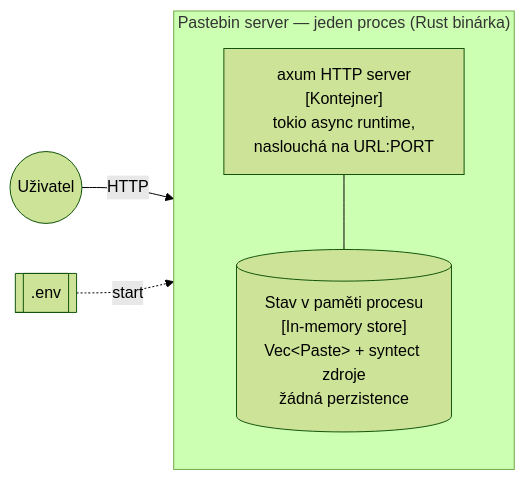
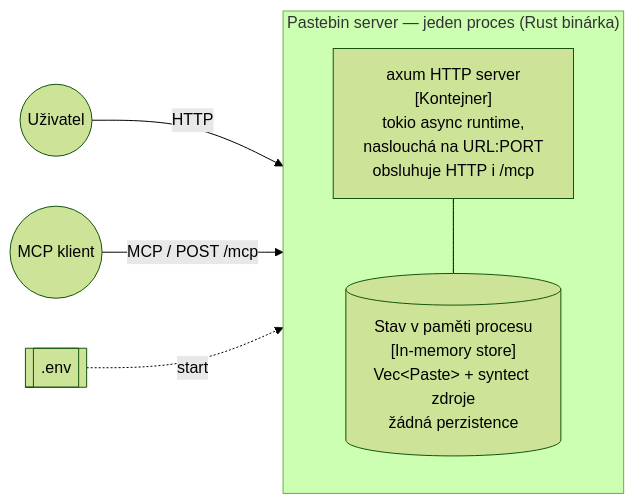
One commit to Onre739/pastebin changed the second of 4 diagrams in docs/architecture.md. Above: the diagram before and after it, drawn with Mermaid (forest theme). The commit also changed other lines of this file and 3 other files, not shown here.

````diff
--- a/docs/architecture.md
+++ b/docs/architecture.md
@@ -27,16 +29,18 @@
 ```mermaid
 flowchart LR
     User(("Uživatel"))
+    McpClient(("MCP klient"))
 
     subgraph Proces["Pastebin server — jeden proces (Rust binárka)"]
         direction TB
-        Axum["axum HTTP server<br/>[Kontejner]<br/>tokio async runtime,<br/>naslouchá na URL:PORT"]
+        Axum["axum HTTP server<br/>[Kontejner]<br/>tokio async runtime,<br/>naslouchá na URL:PORT<br/>obsluhuje HTTP i /mcp"]
         Memory[("Stav v paměti procesu<br/>[In-memory store]<br/>Vec&lt;Paste&gt; + syntect zdroje<br/>žádná perzistence")]
         Axum --- Memory
     end
 
     EnvFile[[".env"]]
 
     User -- "HTTP" --> Axum
+    McpClient -- "MCP / POST /mcp" --> Axum
     EnvFile -. "start" .-> Axum
 ```
````
